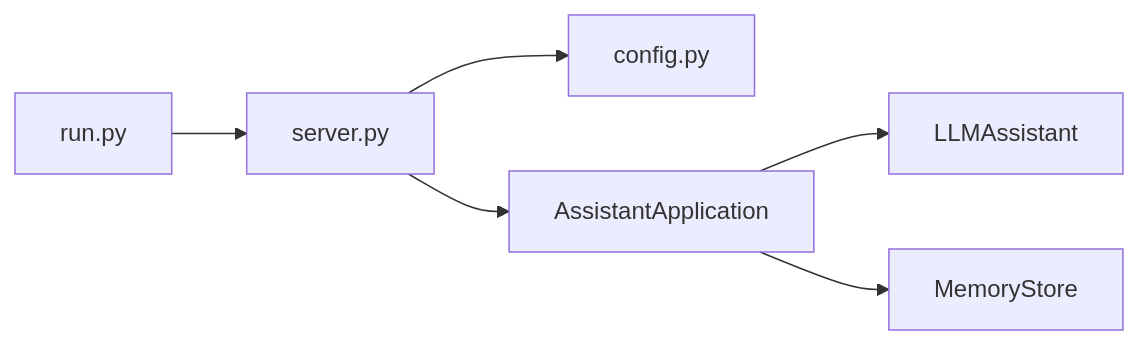
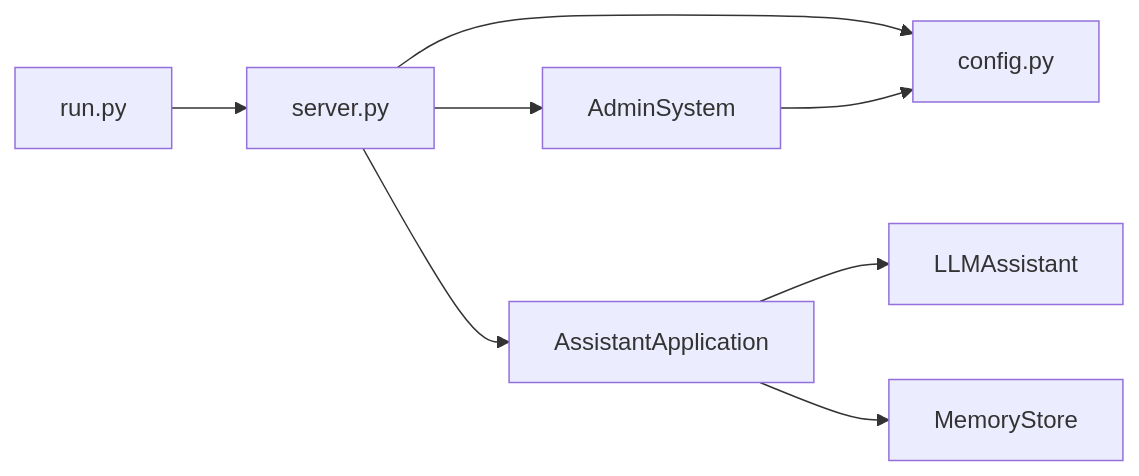
Before and after one commit to Sovetsky-Soyuz/AI-Assistant: the eighth of 8 diagrams in .qoder/repowiki/en/content/Backend Components/Configuration and Settings Management.md, drawn with Mermaid. The commit also changed other lines of this file and 15 other files, not shown here.

````diff
--- a/.qoder/repowiki/en/content/Backend Components/Configuration and Settings Management.md
+++ b/.qoder/repowiki/en/content/Backend Components/Configuration and Settings Management.md
@@ -324,8 +443,10 @@
 ```mermaid
 graph LR
 Run["run.py"] --> Server["server.py"]
 Server --> Config["config.py"]
 Server --> App["AssistantApplication"]
 App --> LLM["LLMAssistant"]
 App --> Mongo["MemoryStore"]
+Server --> Admin["AdminSystem"]
+Admin --> Config
 ```
````
